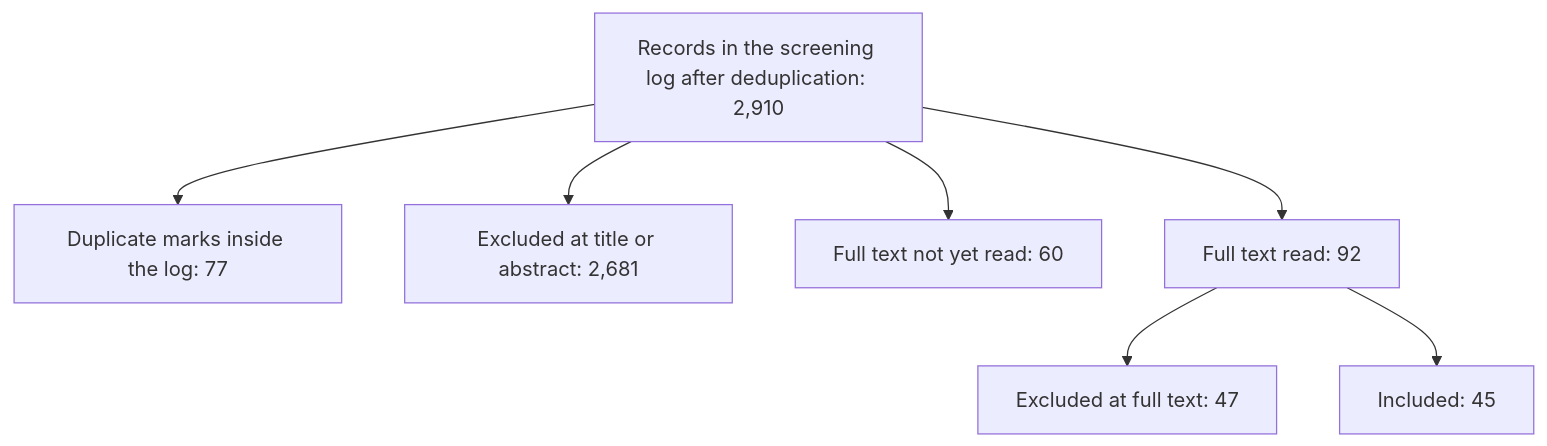
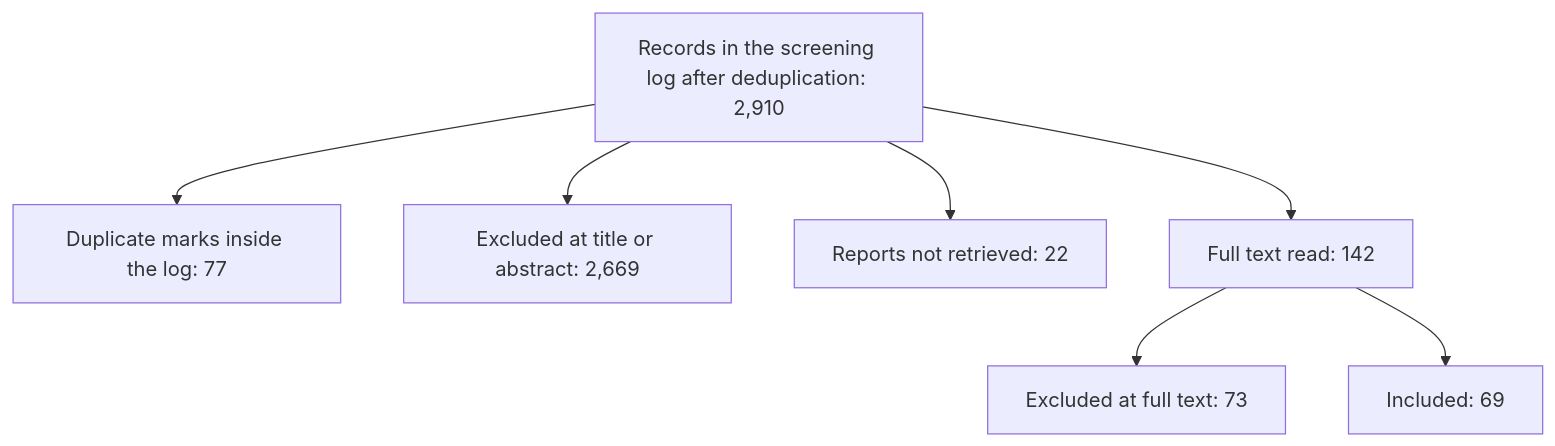
Before and after one commit to toobajatoi/ResearchPaper: the first of 2 diagrams in SCOPING_REVIEW/HMC_submission_draft.md, drawn with Mermaid. The commit also changed other lines of this file and 11 other files, not shown here.

First line of the commit message:
Record the full-text decisions from the recorded PDFs and close the verification pass.

````diff
--- a/SCOPING_REVIEW/HMC_submission_draft.md
+++ b/SCOPING_REVIEW/HMC_submission_draft.md
@@ -90,9 +90,9 @@
 ```mermaid
 flowchart TD
   A["Records in the screening log after deduplication: 2,910"] --> B["Duplicate marks inside the log: 77"]
-  A --> C["Excluded at title or abstract: 2,681"]
-  A --> D["Full text not yet read: 60"]
-  A --> E["Full text read: 92"]
-  E --> F["Excluded at full text: 47"]
-  E --> H["Included: 45"]
+  A --> C["Excluded at title or abstract: 2,669"]
+  A --> D["Reports not retrieved: 22"]
+  A --> E["Full text read: 142"]
+  E --> F["Excluded at full text: 73"]
+  E --> H["Included: 69"]
 ```
````
